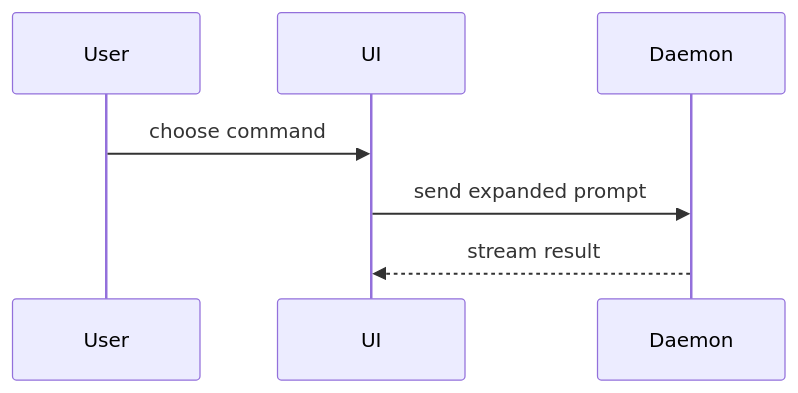
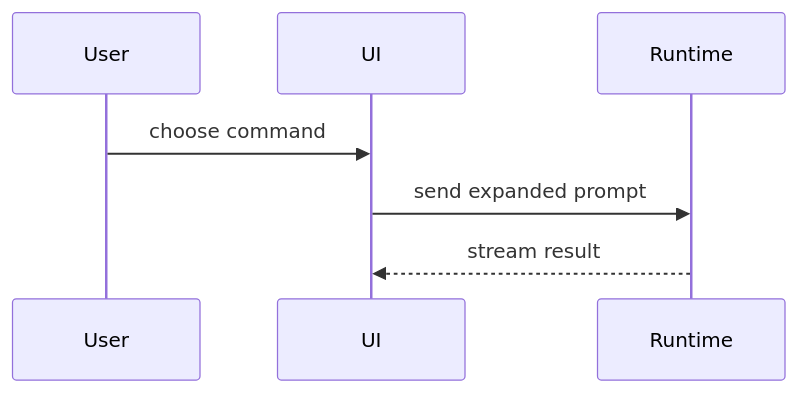
The diagram in src/klaude_code/prompts/system/visual-explanation-prompt.md (inspirepan/klaude-code), drawn with Mermaid before and after one commit. The commit also changed 238 other files, not shown here.

````diff
--- a/src/klaude_code/prompts/system/visual-explanation-prompt.md
+++ b/src/klaude_code/prompts/system/visual-explanation-prompt.md
@@ -45,9 +45,9 @@
 ```mermaid
 sequenceDiagram
     participant User
     participant UI
-    participant Daemon
+    participant Runtime
     User->>UI: choose command
-    UI->>Daemon: send expanded prompt
-    Daemon-->>UI: stream result
+    UI->>Runtime: send expanded prompt
+    Runtime-->>UI: stream result
 ```
````
